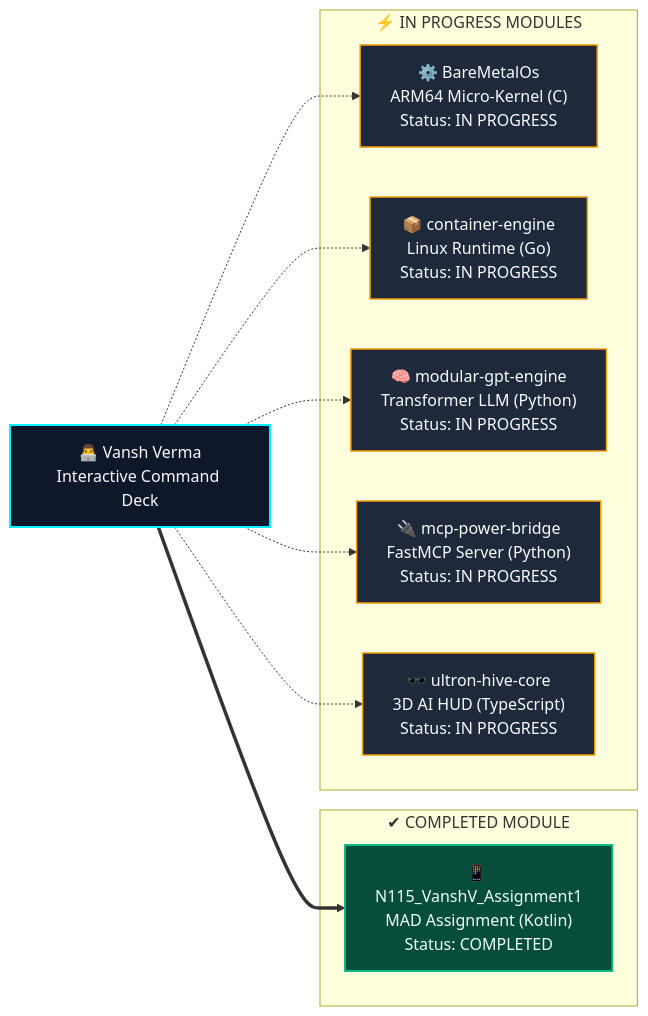
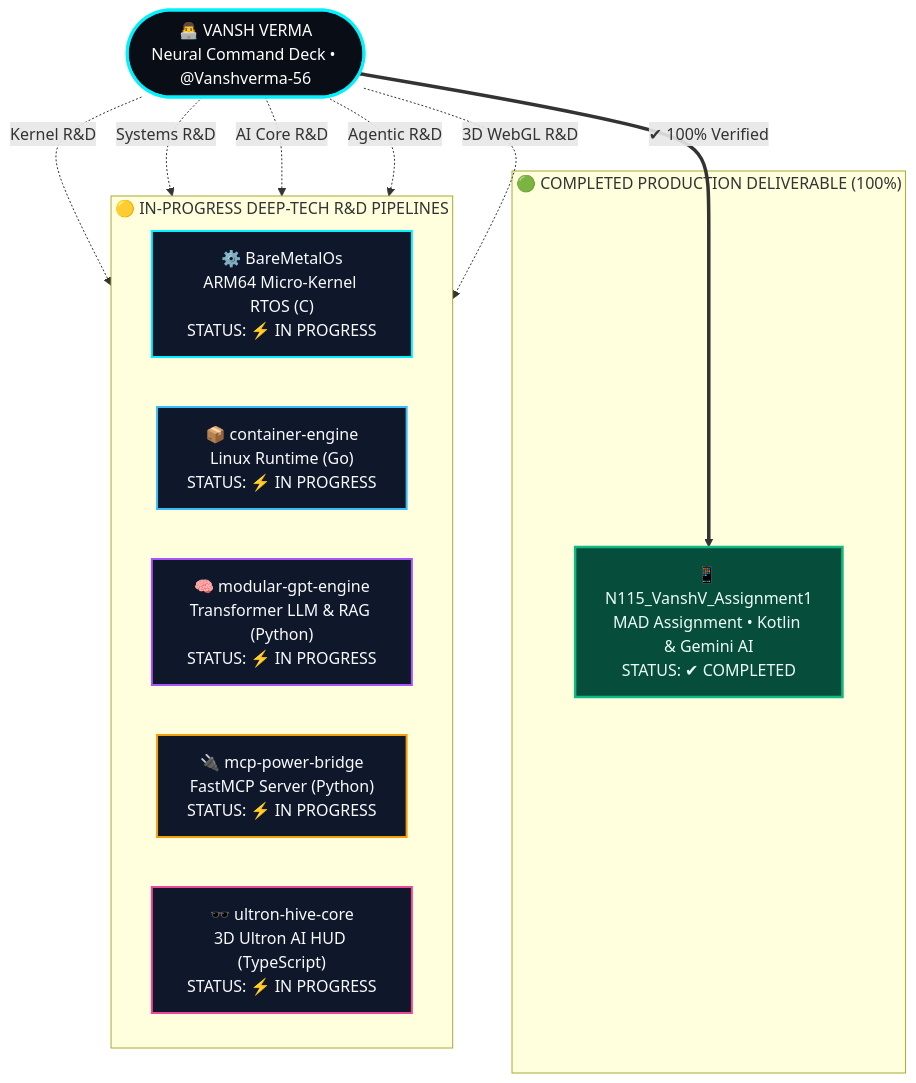
The diagram in README.md (Vanshverma-56/Vanshverma-56), drawn with Mermaid before and after one commit. The commit also changed other lines of this file and 9 other files, not shown here.

Commit message:
feat(ui): supercharge animated portfolio with SMIL neural command deck, 6 animated SVG repo cards, and skill radar

````diff
--- a/README.md
+++ b/README.md
@@ -278,38 +322,40 @@
 ```mermaid
-flowchart LR
-    DEV["👨‍💻 Vansh Verma<br/>Interactive Command Deck"]
+flowchart TB
+    CORE(["👨‍💻 VANSH VERMA<br/>Neural Command Deck • @Vanshverma-56"])
 
-    subgraph COMPLETED["✔ COMPLETED MODULE"]
-        MAD["📱 N115_VanshV_Assignment1<br/>MAD Assignment (Kotlin)<br/>Status: COMPLETED"]
+    subgraph COMPLETED_ZONE["🟢 COMPLETED PRODUCTION DELIVERABLE (100%)"]
+        MAD["📱 N115_VanshV_Assignment1<br/>MAD Assignment • Kotlin & Gemini AI<br/>STATUS: ✔ COMPLETED"]
     end
 
-    subgraph IN_PROGRESS["⚡ IN PROGRESS MODULES"]
-        OS["⚙️ BareMetalOs<br/>ARM64 Micro-Kernel (C)<br/>Status: IN PROGRESS"]
-        CONT["📦 container-engine<br/>Linux Runtime (Go)<br/>Status: IN PROGRESS"]
-        LLM["🧠 modular-gpt-engine<br/>Transformer LLM (Python)<br/>Status: IN PROGRESS"]
-        MCP["🔌 mcp-power-bridge<br/>FastMCP Server (Python)<br/>Status: IN PROGRESS"]
-        ULT["🕶️ ultron-hive-core<br/>3D AI HUD (TypeScript)<br/>Status: IN PROGRESS"]
+    subgraph ACTIVE_RD["🟡 IN-PROGRESS DEEP-TECH R&D PIPELINES"]
+        direction LR
+        OS["⚙️ BareMetalOs<br/>ARM64 Micro-Kernel RTOS (C)<br/>STATUS: ⚡ IN PROGRESS"]
+        CONT["📦 container-engine<br/>Linux Runtime (Go)<br/>STATUS: ⚡ IN PROGRESS"]
+        GPT["🧠 modular-gpt-engine<br/>Transformer LLM & RAG (Python)<br/>STATUS: ⚡ IN PROGRESS"]
+        MCP["🔌 mcp-power-bridge<br/>FastMCP Server (Python)<br/>STATUS: ⚡ IN PROGRESS"]
+        ULT["🕶️ ultron-hive-core<br/>3D Ultron AI HUD (TypeScript)<br/>STATUS: ⚡ IN PROGRESS"]
     end
 
-    DEV ==> MAD
-    DEV -.-> OS
-    DEV -.-> CONT
-    DEV -.-> LLM
-    DEV -.-> MCP
-    DEV -.-> ULT
+    CORE ==>|"✔ 100% Verified"| MAD
+    CORE -.->|"Kernel R&D"| OS
+    CORE -.->|"Systems R&D"| CONT
+    CORE -.->|"AI Core R&D"| GPT
+    CORE -.->|"Agentic R&D"| MCP
+    CORE -.->|"3D WebGL R&D"| ULT
 
-    click MAD "https://github.com/Vanshverma-56/N115_VanshV_Assignment1" "Open N115_VanshV_Assignment1 (MAD Assignment)"
-    click OS "https://github.com/Vanshverma-56/BareMetalOs" "Open BareMetalOs"
-    click CONT "https://github.com/Vanshverma-56/container-engine" "Open container-engine"
-    click LLM "https://github.com/Vanshverma-56/modular-gpt-engine" "Open modular-gpt-engine"
-    click MCP "https://github.com/Vanshverma-56/mcp-power-bridge" "Open mcp-power-bridge"
-    click ULT "https://github.com/Vanshverma-56/ultron-hive-core" "Open ultron-hive-core"
+    click CORE "https://github.com/Vanshverma-56" "Visit Vansh Verma's GitHub Profile"
+    click MAD "https://github.com/Vanshverma-56/N115_VanshV_Assignment1" "Launch N115_VanshV_Assignment1 (MAD Assignment)"
+    click OS "https://github.com/Vanshverma-56/BareMetalOs" "Launch BareMetalOs"
+    click CONT "https://github.com/Vanshverma-56/container-engine" "Launch container-engine"
+    click GPT "https://github.com/Vanshverma-56/modular-gpt-engine" "Launch modular-gpt-engine"
+    click MCP "https://github.com/Vanshverma-56/mcp-power-bridge" "Launch mcp-power-bridge"
+    click ULT "https://github.com/Vanshverma-56/ultron-hive-core" "Launch ultron-hive-core"
 
-    style DEV fill:#0f172a,stroke:#00f2fe,stroke-width:2px,color:#f8fafc
-    style MAD fill:#064e3b,stroke:#10b981,stroke-width:2px,color:#ecfdf5
-    style OS fill:#1e293b,stroke:#f59e0b,stroke-width:1.5px,color:#f8fafc
-    style CONT fill:#1e293b,stroke:#f59e0b,stroke-width:1.5px,color:#f8fafc
-    style LLM fill:#1e293b,stroke:#f59e0b,stroke-width:1.5px,color:#f8fafc
-    style MCP fill:#1e293b,stroke:#f59e0b,stroke-width:1.5px,color:#f8fafc
-    style ULT fill:#1e293b,stroke:#f59e0b,stroke-width:1.5px,color:#f8fafc
+    style CORE fill:#090d16,stroke:#00f2fe,stroke-width:3px,color:#ffffff
+    style MAD fill:#064e3b,stroke:#10b981,stroke-width:2.5px,color:#ecfdf5
+    style OS fill:#0f172a,stroke:#00f2fe,stroke-width:2px,color:#f8fafc
+    style CONT fill:#0f172a,stroke:#38bdf8,stroke-width:2px,color:#f8fafc
+    style GPT fill:#0f172a,stroke:#a855f7,stroke-width:2px,color:#f8fafc
+    style MCP fill:#0f172a,stroke:#f59e0b,stroke-width:2px,color:#f8fafc
+    style ULT fill:#0f172a,stroke:#ec4899,stroke-width:2px,color:#f8fafc
 ```
````
